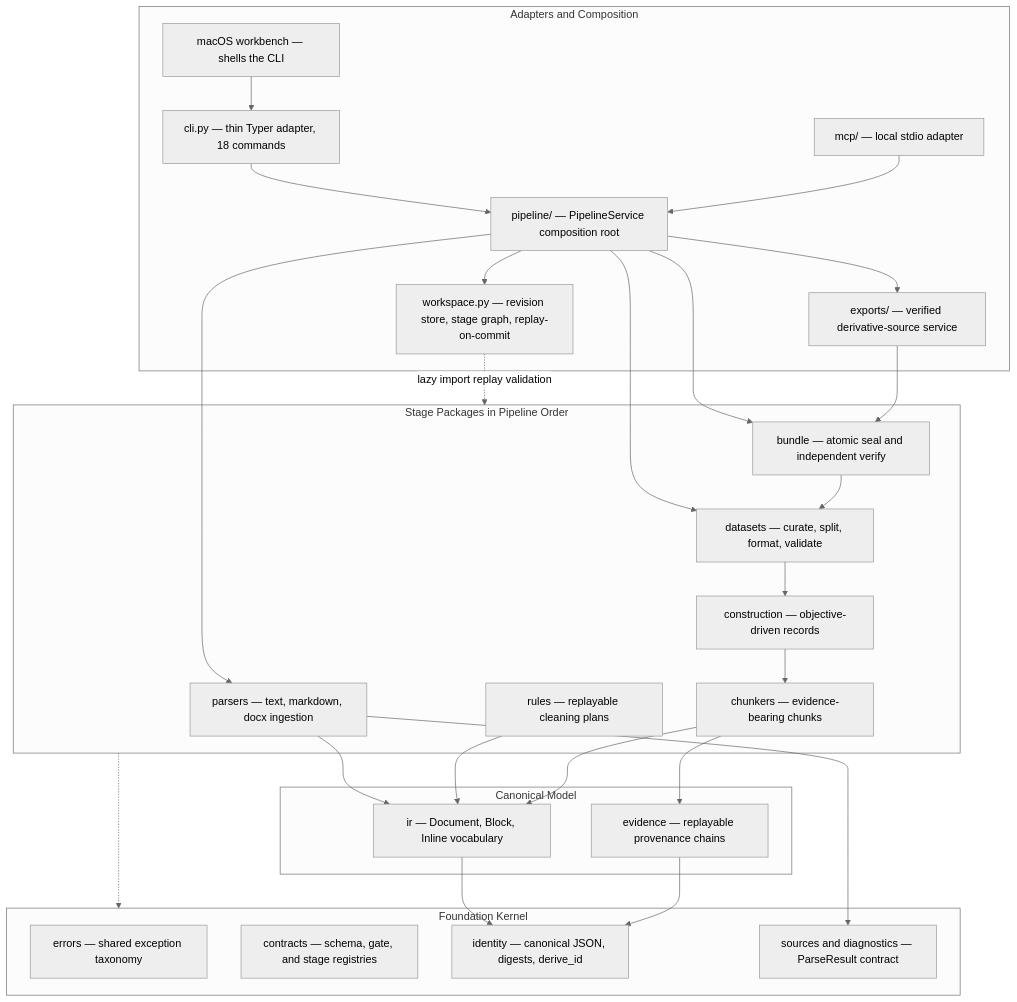
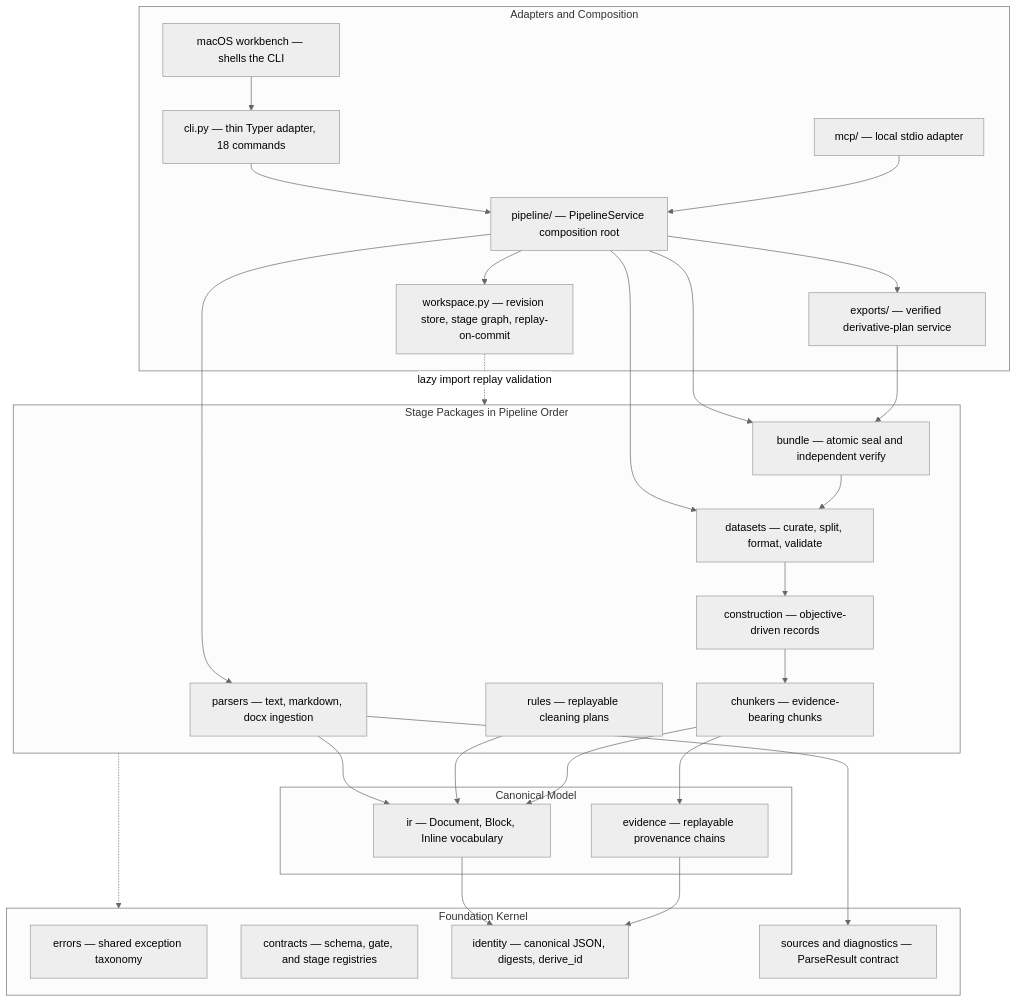
The diagram in docs/architecture/README.md (ogprotege/Veriformis), drawn with Mermaid (neutral theme) before and after one commit. The commit also changed other lines of this file and 30 other files, not shown here.

Commit message:
feat(exports): bind complete verified export plans (#46)

````diff
--- a/docs/architecture/README.md
+++ b/docs/architecture/README.md
@@ -101,54 +101,54 @@
 ```mermaid
 flowchart TB
     subgraph entry["Adapters and Composition"]
         CLI["cli.py — thin Typer adapter, 18 commands"]
         MCP["mcp/ — local stdio adapter"]
         MAC["macOS workbench — shells the CLI"]
         PIP["pipeline/ — PipelineService composition root"]
-        EXP["exports/ — verified derivative-source service"]
+        EXP["exports/ — verified derivative-plan service"]
         WS["workspace.py — revision store, stage graph, replay-on-commit"]
     end
 
     subgraph stages["Stage Packages in Pipeline Order"]
         P["parsers — text, markdown, docx ingestion"]
         R["rules — replayable cleaning plans"]
         C["chunkers — evidence-bearing chunks"]
         CT["construction — objective-driven records"]
         DS["datasets — curate, split, format, validate"]
         B["bundle — atomic seal and independent verify"]
     end
 
     subgraph core["Canonical Model"]
         IR["ir — Document, Block, Inline vocabulary"]
         EV["evidence — replayable provenance chains"]
     end
 
     subgraph foundation["Foundation Kernel"]
         ERR["errors — shared exception taxonomy"]
         CON["contracts — schema, gate, and stage registries"]
         ID["identity — canonical JSON, digests, derive_id"]
         SRC["sources and diagnostics — ParseResult contract"]
     end
 
     CLI --> PIP
     MCP --> PIP
     MAC --> CLI
     PIP --> WS
     PIP --> EXP
     PIP --> P
     PIP --> DS
     PIP --> B
     EXP --> B
     WS -. "lazy import replay validation" .-> stages
     P --> IR
     R --> IR
     C --> IR
     C --> EV
     CT --> C
     DS --> CT
     B --> DS
     P --> SRC
     IR --> ID
     EV --> ID
     stages -.-> foundation
 ```
````
